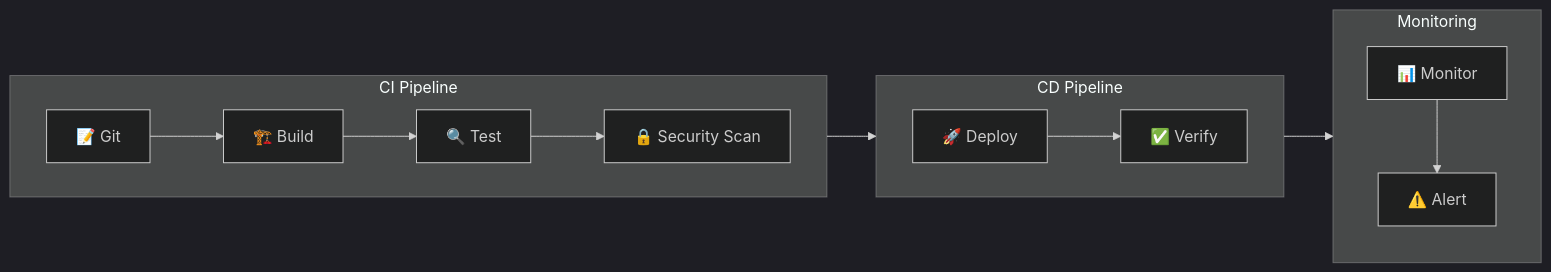
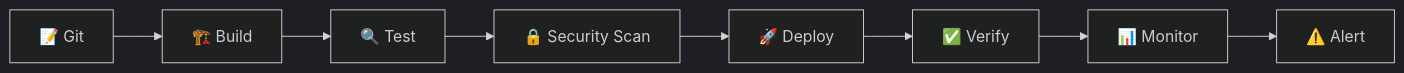
One commit to zinisuni/aiadd changed diagram 18 of 22 in docs/mermaid.md. Above: the diagram before and after it, drawn with Mermaid (dark theme). The commit also changed other lines of this file, not shown here.

First line of the commit message:
docs: Mermaid 다이어그램 업데이트 및 배포 전략 개선

````diff
--- a/docs/mermaid.md
+++ b/docs/mermaid.md
@@ -397,21 +397,10 @@
 ```mermaid
 flowchart LR
-    subgraph "CI Pipeline"
-        direction LR
-        Git["📝 Git"] --> Build["🏗️ Build"]
-        Build --> Test["🔍 Test"]
-        Test --> Scan["🔒 Security Scan"]
-    end
-
-    subgraph "CD Pipeline"
-        direction LR
-        Scan --> Deploy["🚀 Deploy"]
-        Deploy --> Verify["✅ Verify"]
-    end
-
-    subgraph "Monitoring"
-        direction TB
-        Verify --> Monitor["📊 Monitor"]
-        Monitor --> Alert["⚠️ Alert"]
-    end
+    Git["📝 Git"] --> Build["🏗️ Build"]
+    Build --> Test["🔍 Test"]
+    Test --> Scan["🔒 Security Scan"]
+    Scan --> Deploy["🚀 Deploy"]
+    Deploy --> Verify["✅ Verify"]
+    Verify --> Monitor["📊 Monitor"]
+    Monitor --> Alert["⚠️ Alert"]
 ```
````
